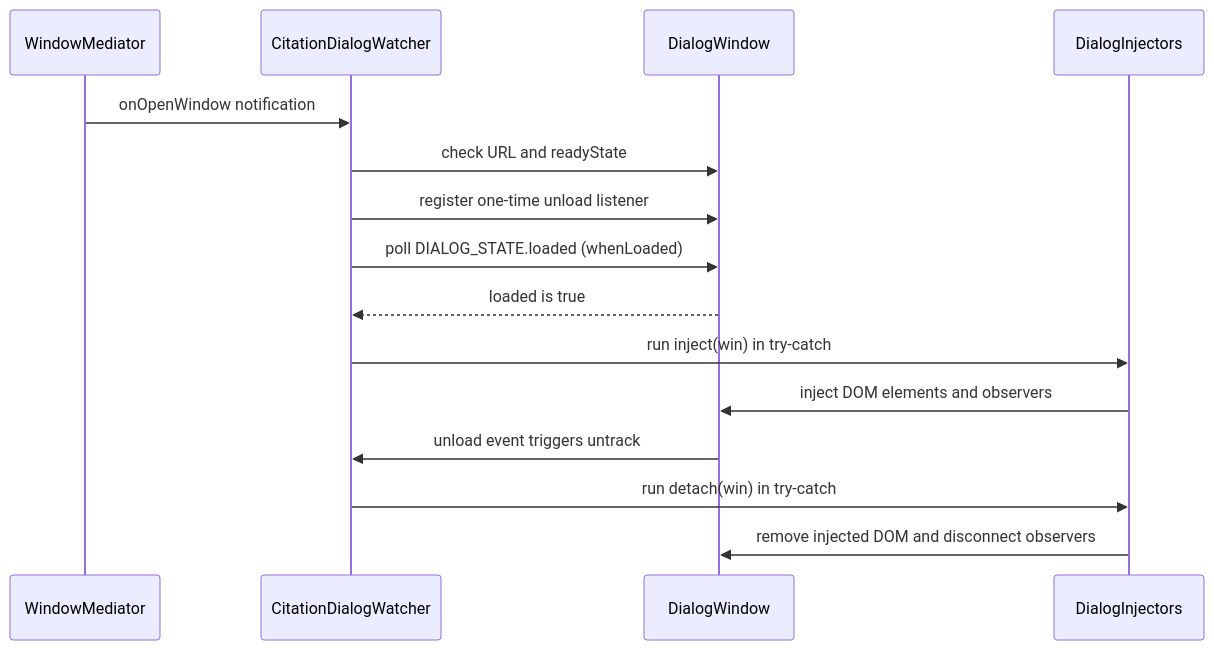
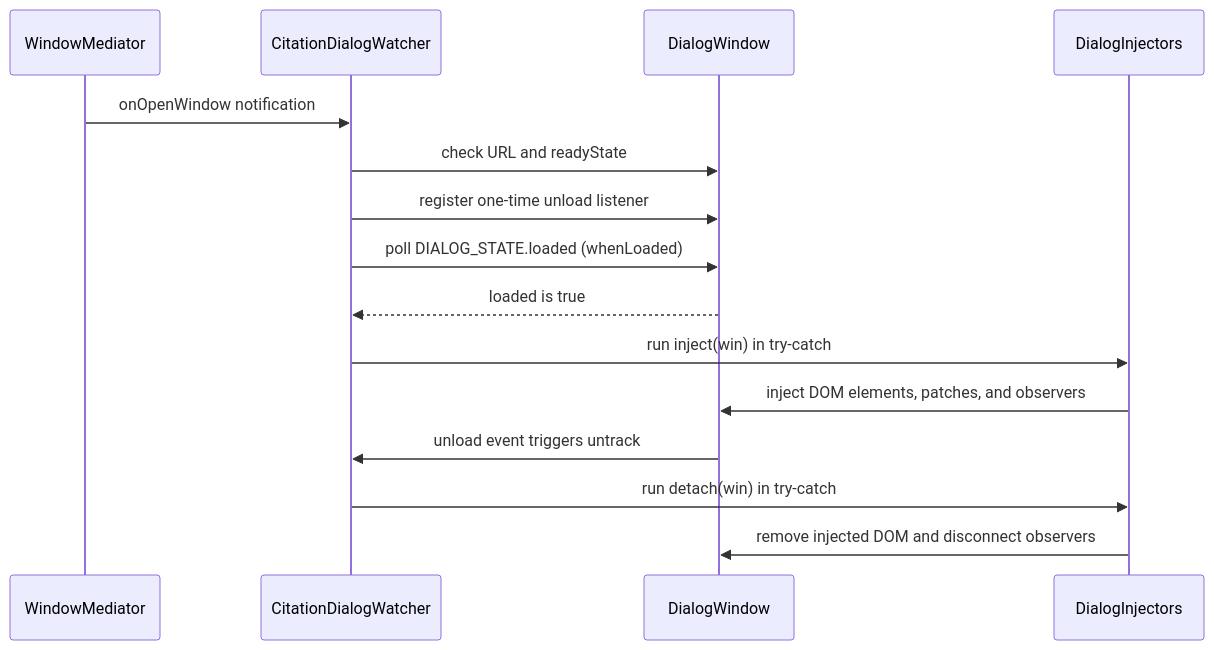
One commit to justanotherjurastudent/zotero_FlexAnnotate changed the third of 3 diagrams in openwiki/architecture/patching.md. Above: the diagram before and after it, drawn with Mermaid. The commit also changed other lines of this file and 28 other files, not shown here.

````diff
--- a/openwiki/architecture/patching.md
+++ b/openwiki/architecture/patching.md
@@ -199,18 +247,18 @@
 ```mermaid
 sequenceDiagram
     participant WM as WindowMediator
     participant CW as CitationDialogWatcher
     participant DW as DialogWindow
     participant INJ as DialogInjectors
 
     WM->>CW: onOpenWindow notification
     CW->>DW: check URL and readyState
     CW->>DW: register one-time unload listener
     CW->>DW: poll DIALOG_STATE.loaded (whenLoaded)
     DW-->>CW: loaded is true
     CW->>INJ: run inject(win) in try-catch
-    INJ->>DW: inject DOM elements and observers
+    INJ->>DW: inject DOM elements, patches, and observers
     DW->>CW: unload event triggers untrack
     CW->>INJ: run detach(win) in try-catch
     INJ->>DW: remove injected DOM and disconnect observers
 ```
````
